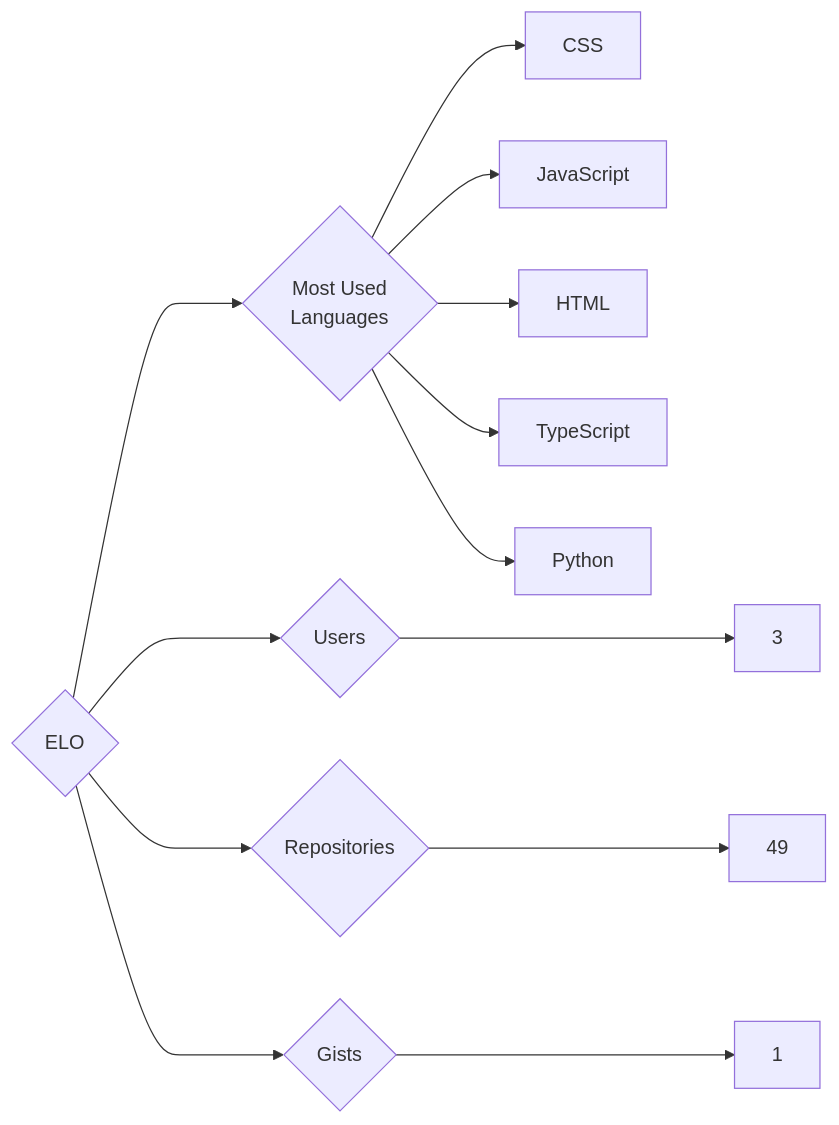
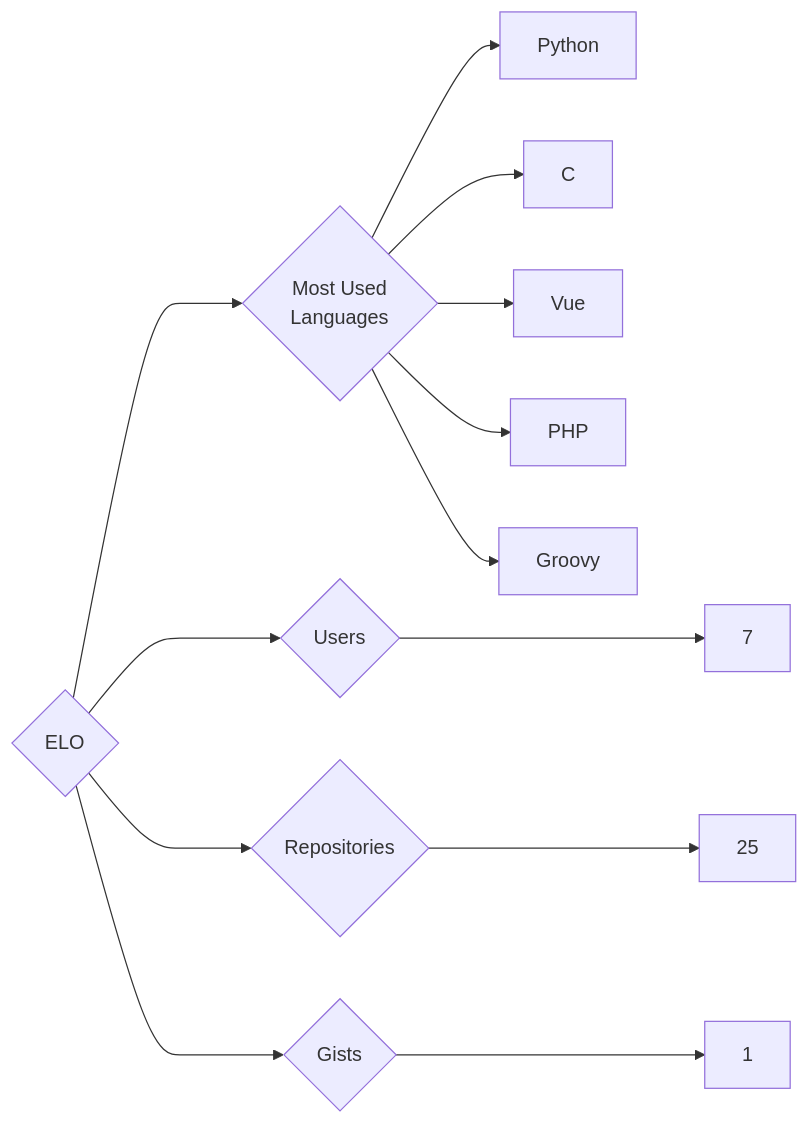
Before and after one commit to trickest/insiders: the diagram in targets/ELO/README.md, drawn with Mermaid. The commit also changed 933 other files, not shown here.

````diff
--- a/targets/ELO/README.md
+++ b/targets/ELO/README.md
@@ -3,13 +3,13 @@
 ```mermaid
 graph LR
 COMPANY_NAME{ELO}
-COMPANY_NAME ---> U{Users} ---> UN[3]
-COMPANY_NAME ---> R{Repositories} ---> RN[49]
+COMPANY_NAME ---> U{Users} ---> UN[7]
+COMPANY_NAME ---> R{Repositories} ---> RN[25]
 COMPANY_NAME ---> G{Gists} ---> GN[1]
 COMPANY_NAME ---> ML{Most Used<br>Languages}
-ML --> CSS[CSS]
-ML --> JavaScript[JavaScript]
-ML --> HTML[HTML]
-ML --> TypeScript[TypeScript]
 ML --> Python[Python]
+ML --> C[C]
+ML --> Vue[Vue]
+ML --> PHP[PHP]
+ML --> Groovy[Groovy]
 ```
````
